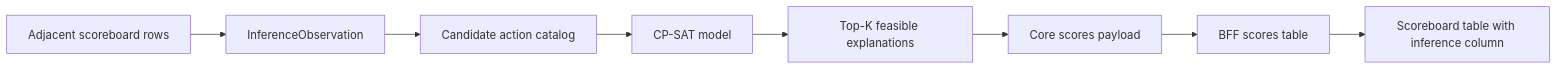
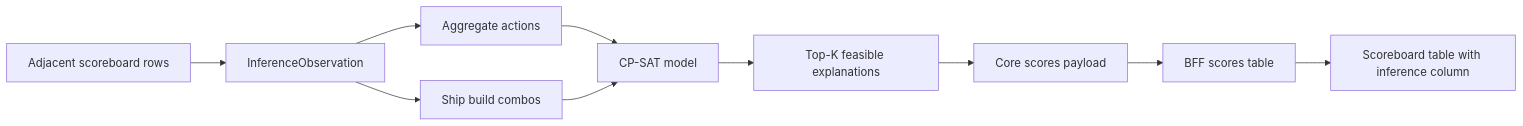
The diagram in docs/design-military-score-build-inference-implementation.md (SteveDraper/Planets-Console), drawn with Mermaid before and after one commit. The commit also changed other lines of this file and 37 other files, not shown here.

````diff
--- a/docs/design-military-score-build-inference-implementation.md
+++ b/docs/design-military-score-build-inference-implementation.md
@@ -31,10 +31,12 @@
 ```mermaid
 flowchart LR
     Scores["Adjacent scoreboard rows"] --> Observations["InferenceObservation"]
-    Observations --> Catalog["Candidate action catalog"]
-    Catalog --> Model["CP-SAT model"]
+    Observations --> Agg["Aggregate actions"]
+    Observations --> Combos["Ship build combos"]
+    Agg --> Model["CP-SAT model"]
+    Combos --> Model
     Model --> Solutions["Top-K feasible explanations"]
     Solutions --> CoreScores["Core scores payload"]
     CoreScores --> BffScores["BFF scores table"]
     BffScores --> Frontend["Scoreboard table with inference column"]
 ```
````
